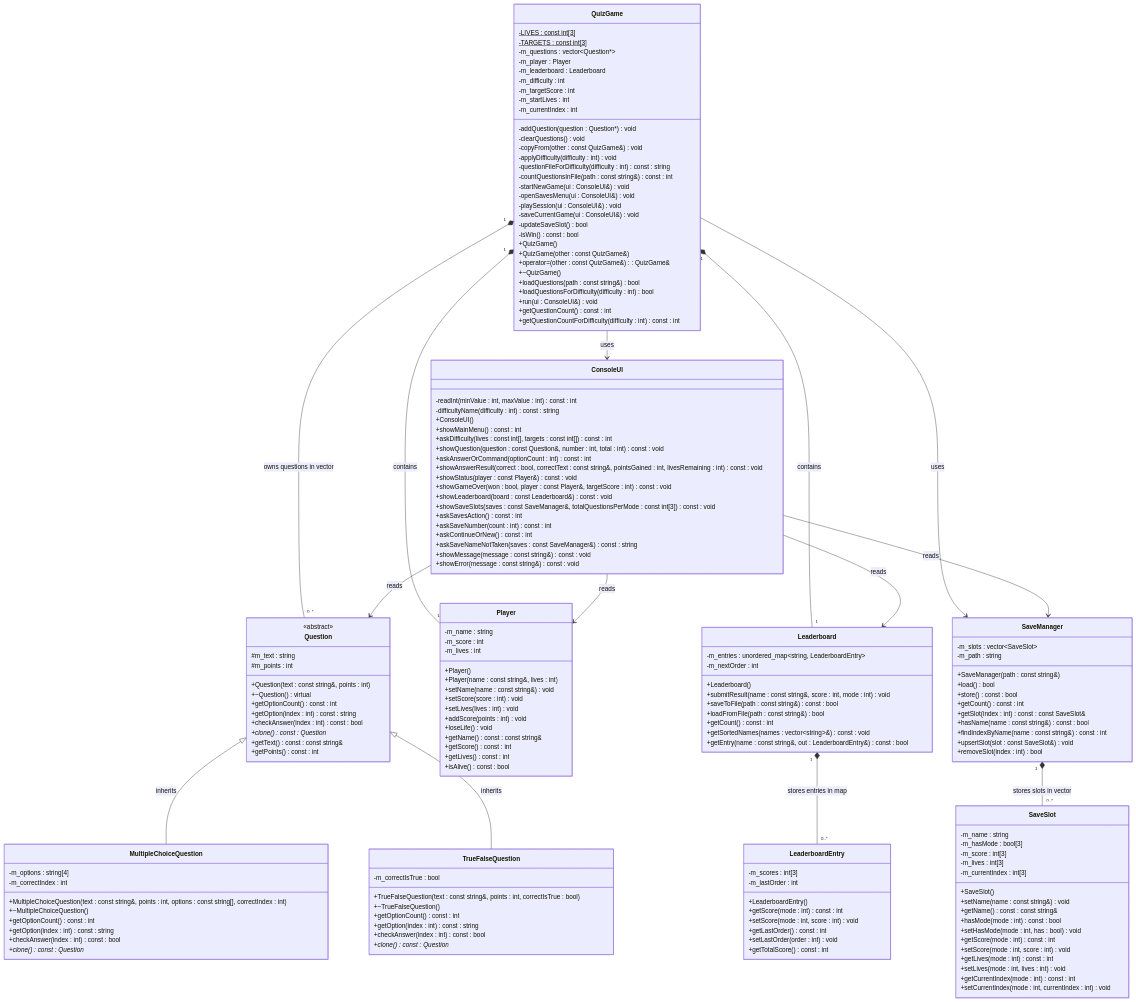
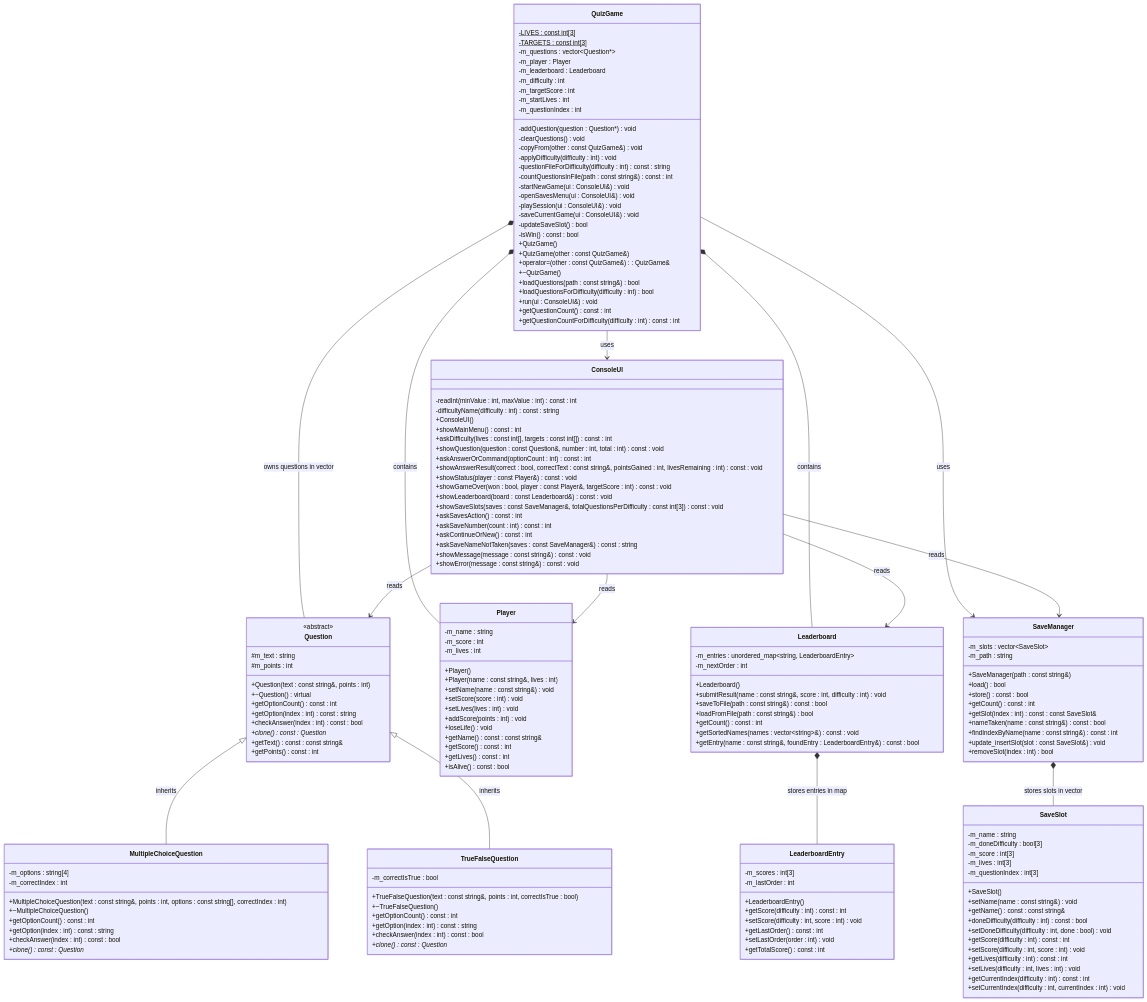
One commit to xGota7/Oop-Final-Project changed the diagram in md Files/uml_diagram.md. Above: the diagram before and after it, drawn with Mermaid. The commit also changed other lines of this file and 14 other files, not shown here.

````diff
--- a/md Files/uml_diagram.md
+++ b/md Files/uml_diagram.md
@@ -10,4 +10,5 @@
 ```mermaid
+
 classDiagram
     class Question {
         <<abstract>>
@@ -65,8 +66,8 @@
         -m_scores : int[3]
         -m_lastOrder : int
         +LeaderboardEntry()
-        +getScore(mode : int) const : int
-        +setScore(mode : int, score : int) void
+        +getScore(difficulty : int) const : int
+        +setScore(difficulty : int, score : int) void
         +getLastOrder() const : int
         +setLastOrder(order : int) void
         +getTotalScore() const : int
@@ -76,31 +77,31 @@
         -m_entries : unordered_map~string, LeaderboardEntry~
         -m_nextOrder : int
         +Leaderboard()
-        +submitResult(name : const string&, score : int, mode : int) void
+        +submitResult(name : const string&, score : int, difficulty : int) void
         +saveToFile(path : const string&) const : bool
         +loadFromFile(path : const string&) bool
         +getCount() const : int
         +getSortedNames(names : vector~string~&) const : void
-        +getEntry(name : const string&, out : LeaderboardEntry&) const : bool
+        +getEntry(name : const string&, foundEntry : LeaderboardEntry&) const : bool
     }
 
     class SaveSlot {
         -m_name : string
-        -m_hasMode : bool[3]
+        -m_doneDifficulty : bool[3]
         -m_score : int[3]
         -m_lives : int[3]
-        -m_currentIndex : int[3]
+        -m_questionIndex : int[3]
         +SaveSlot()
         +setName(name : const string&) void
         +getName() const : const string&
-        +hasMode(mode : int) const : bool
-        +setHasMode(mode : int, has : bool) void
-        +getScore(mode : int) const : int
-        +setScore(mode : int, score : int) void
-        +getLives(mode : int) const : int
-        +setLives(mode : int, lives : int) void
-        +getCurrentIndex(mode : int) const : int
-        +setCurrentIndex(mode : int, currentIndex : int) void
+        +doneDifficulty(difficulty : int) const : bool
+        +setDoneDifficulty(difficulty : int, done : bool) void
+        +getScore(difficulty : int) const : int
+        +setScore(difficulty : int, score : int) void
+        +getLives(difficulty : int) const : int
+        +setLives(difficulty : int, lives : int) void
+        +getCurrentIndex(difficulty : int) const : int
+        +setCurrentIndex(difficulty : int, currentIndex : int) void
     }
 
     class SaveManager {
@@ -111,9 +112,9 @@
         +store() const : bool
         +getCount() const : int
         +getSlot(index : int) const : const SaveSlot&
-        +hasName(name : const string&) const : bool
+        +nameTaken(name : const string&) const : bool
         +findIndexByName(name : const string&) const : int
-        +upsertSlot(slot : const SaveSlot&) void
+        +update_insertSlot(slot : const SaveSlot&) void
         +removeSlot(index : int) bool
     }
 
@@ -126,7 +127,7 @@
         -m_difficulty : int
         -m_targetScore : int
         -m_startLives : int
-        -m_currentIndex : int
+        -m_questionIndex : int
         -addQuestion(question : Question*) void
         -clearQuestions() void
         -copyFrom(other : const QuizGame&) void
@@ -162,7 +163,7 @@
         +showStatus(player : const Player&) const : void
         +showGameOver(won : bool, player : const Player&, targetScore : int) const : void
         +showLeaderboard(board : const Leaderboard&) const : void
-        +showSaveSlots(saves : const SaveManager&, totalQuestionsPerMode : const int[3]) const : void
+        +showSaveSlots(saves : const SaveManager&, totalQuestionsPerDifficulty : const int[3]) const : void
         +askSavesAction() const : int
         +askSaveNumber(count : int) const : int
         +askContinueOrNew() const : int
@@ -174,12 +175,12 @@
     Question <|-- MultipleChoiceQuestion : inherits
     Question <|-- TrueFalseQuestion : inherits
     
-    QuizGame "1" *-- "0..*" Question : owns questions in vector
-    QuizGame "1" *-- "1" Player : contains
-    QuizGame "1" *-- "1" Leaderboard : contains
+    QuizGame *--  Question : owns questions in vector
+    QuizGame  *-- Player : contains
+    QuizGame  *-- Leaderboard : contains
     
-    Leaderboard "1" *-- "0..*" LeaderboardEntry : stores entries in map
-    SaveManager "1" *-- "0..*" SaveSlot : stores slots in vector
+    Leaderboard  *--  LeaderboardEntry : stores entries in map
+    SaveManager  *--  SaveSlot : stores slots in vector
     
     QuizGame --> SaveManager : uses
     QuizGame --> ConsoleUI : uses
@@ -188,4 +189,5 @@
     ConsoleUI --> Player : reads
     ConsoleUI --> Leaderboard : reads
     ConsoleUI --> SaveManager : reads
+
 ```
````
